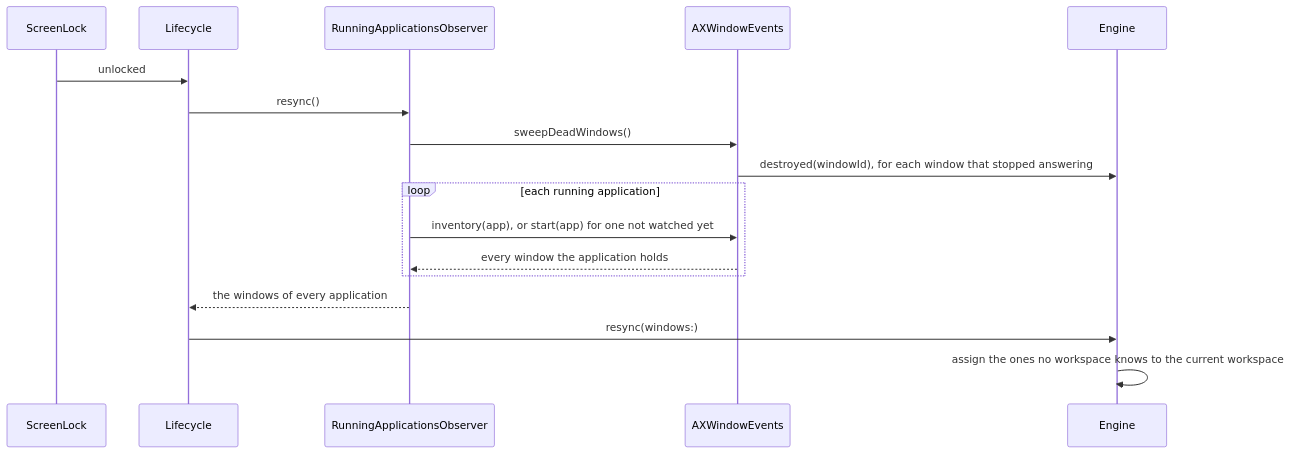
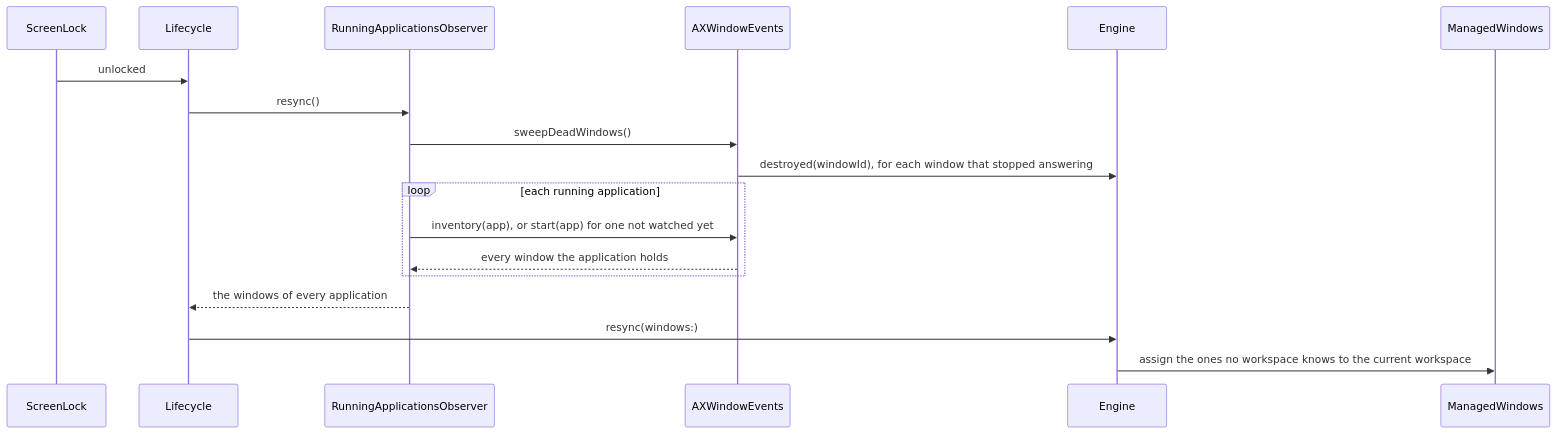
One commit to brennovich/ottowm changed diagram 15 of 18 in ARCHITECTURE.md. Above: the diagram before and after it, drawn with Mermaid. The commit also changed other lines of this file and 23 other files, not shown here.

````diff
--- a/ARCHITECTURE.md
+++ b/ARCHITECTURE.md
@@ -350,14 +378,14 @@
 ```mermaid
 sequenceDiagram
     ScreenLock->>Lifecycle: unlocked
     Lifecycle->>RunningApplicationsObserver: resync()
     RunningApplicationsObserver->>AXWindowEvents: sweepDeadWindows()
     AXWindowEvents->>Engine: destroyed(windowId), for each window that stopped answering
     loop each running application
         RunningApplicationsObserver->>AXWindowEvents: inventory(app), or start(app) for one not watched yet
         AXWindowEvents-->>RunningApplicationsObserver: every window the application holds
     end
     RunningApplicationsObserver-->>Lifecycle: the windows of every application
     Lifecycle->>Engine: resync(windows:)
-    Engine->>Engine: assign the ones no workspace knows to the current workspace
+    Engine->>ManagedWindows: assign the ones no workspace knows to the current workspace
 ```
````
